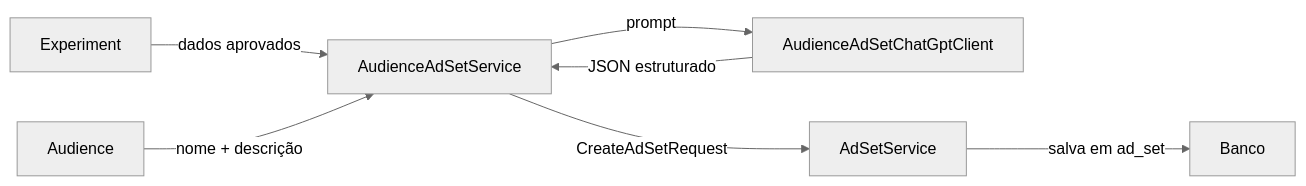
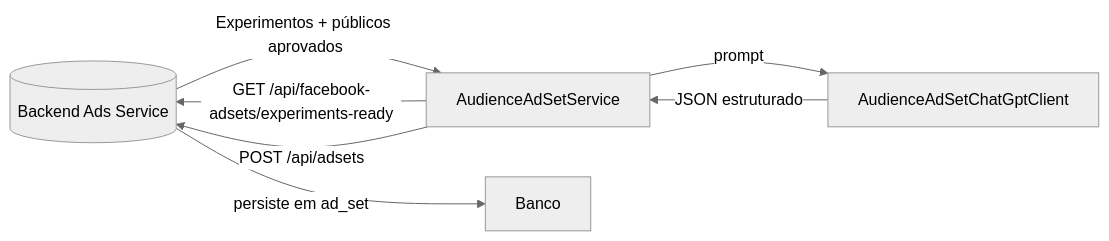
One commit to paulofor/marketing-hub changed the diagram in docs/ai-worker/experimento-adset-service.md. Above: the diagram before and after it, drawn with Mermaid (neutral theme). The commit also changed other lines of this file and 13 other files, not shown here.

Commit message:
feat: proxy ad set generation through backend HTTP APIs

````diff
--- a/docs/ai-worker/experimento-adset-service.md
+++ b/docs/ai-worker/experimento-adset-service.md
@@ -24,9 +25,10 @@
 ```mermaid
 flowchart LR
-    Experiment -->|dados aprovados| AudienceAdSetService
-    Audience -->|nome + descrição| AudienceAdSetService
+    Backend[(Backend Ads Service)]
+    AudienceAdSetService -->|GET /api/facebook-adsets/experiments-ready| Backend
+    Backend -->|Experimentos + públicos aprovados| AudienceAdSetService
     AudienceAdSetService -->|prompt| AudienceAdSetChatGptClient
     AudienceAdSetChatGptClient -->|JSON estruturado| AudienceAdSetService
-    AudienceAdSetService -->|CreateAdSetRequest| AdSetService
-    AdSetService -->|salva em ad_set| Banco
+    AudienceAdSetService -->|POST /api/adsets| Backend
+    Backend -->|persiste em ad_set| Banco
 ```
````
